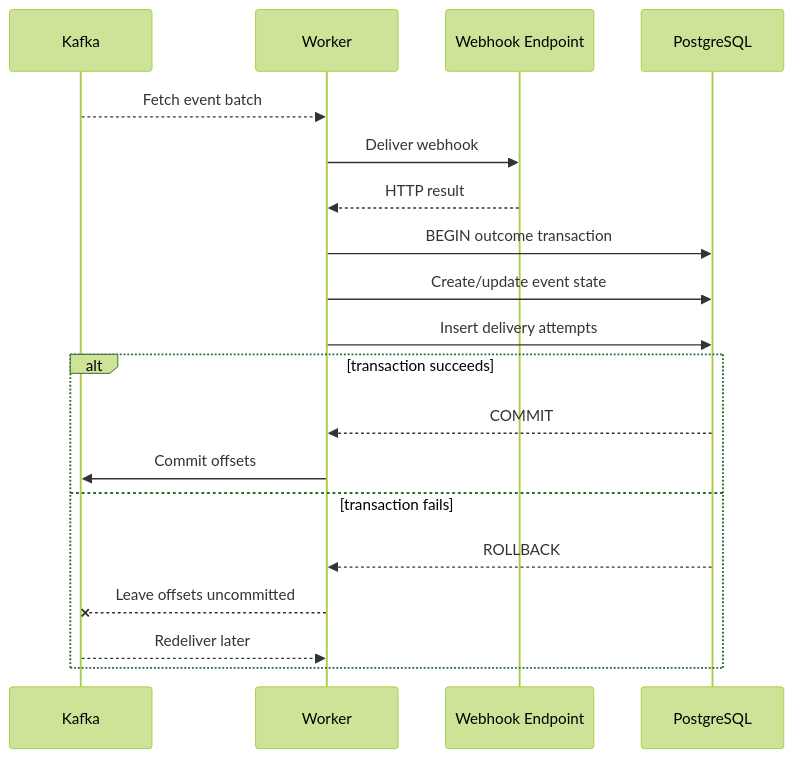
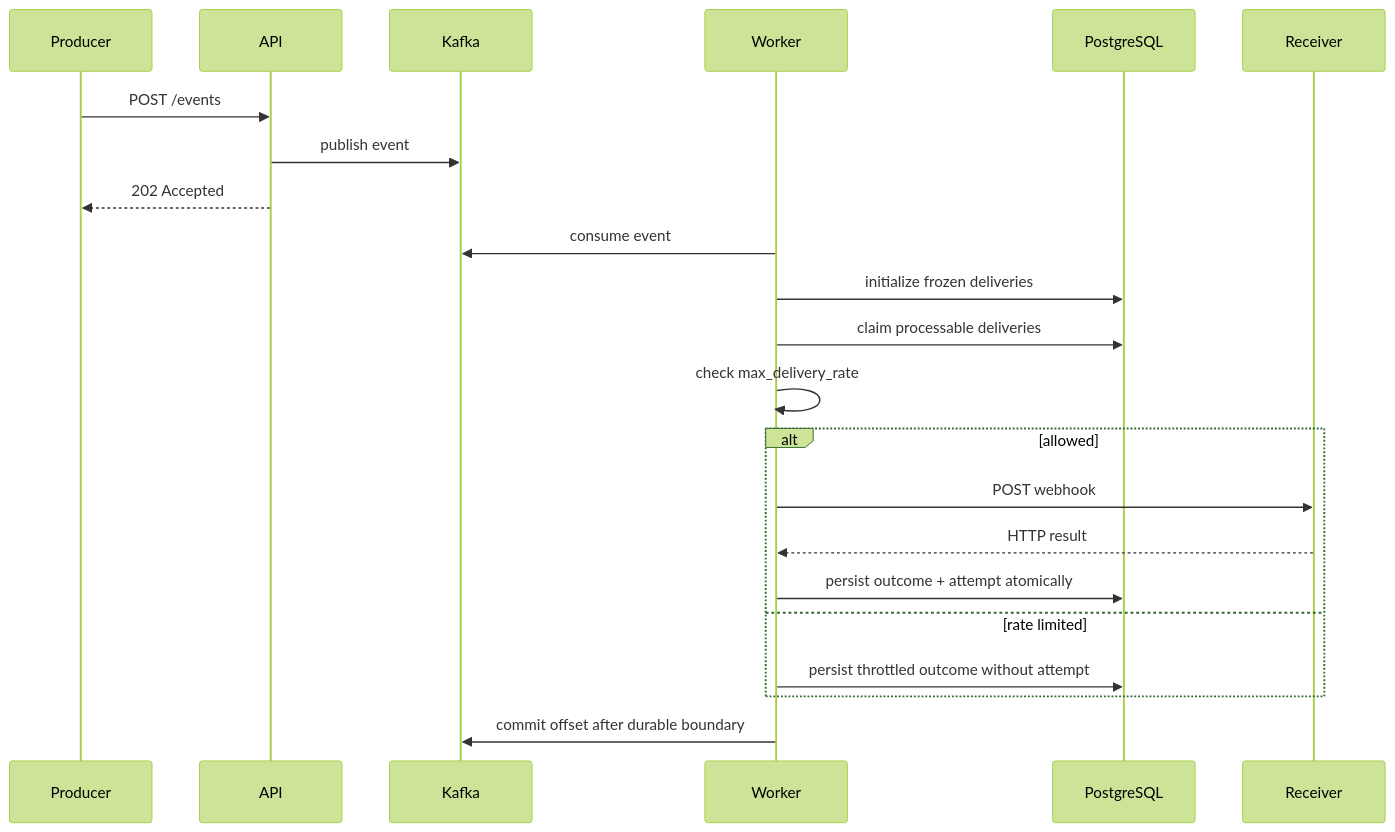
One commit to felipepmaragno/webhook-service changed the third of 3 diagrams in docs/architecture.md. Above: the diagram before and after it, drawn with Mermaid (forest theme). The commit also changed other lines of this file and 21 other files, not shown here.

````diff
--- a/docs/architecture.md
+++ b/docs/architecture.md
@@ -563,22 +99,25 @@
 ```mermaid
 sequenceDiagram
+    participant P as Producer
+    participant API as API
     participant K as Kafka
     participant W as Worker
-    participant E as Webhook Endpoint
     participant DB as PostgreSQL
+    participant R as Receiver
 
-    K-->>W: Fetch event batch
-    W->>E: Deliver webhook
-    E-->>W: HTTP result
-    W->>DB: BEGIN outcome transaction
-    W->>DB: Create/update event state
-    W->>DB: Insert delivery attempts
-    alt transaction succeeds
-        DB-->>W: COMMIT
-        W->>K: Commit offsets
-    else transaction fails
-        DB-->>W: ROLLBACK
-        W--xK: Leave offsets uncommitted
-        K-->>W: Redeliver later
+    P->>API: POST /events
+    API->>K: publish event
+    API-->>P: 202 Accepted
+    W->>K: consume event
+    W->>DB: initialize frozen deliveries
+    W->>DB: claim processable deliveries
+    W->>W: check max_delivery_rate
+    alt allowed
+        W->>R: POST webhook
+        R-->>W: HTTP result
+        W->>DB: persist outcome + attempt atomically
+    else rate limited
+        W->>DB: persist throttled outcome without attempt
     end
+    W->>K: commit offset after durable boundary
 ```
````
